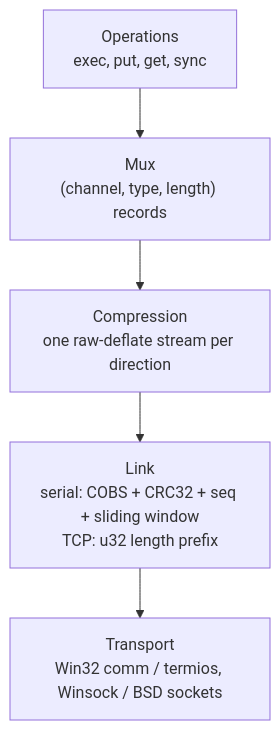
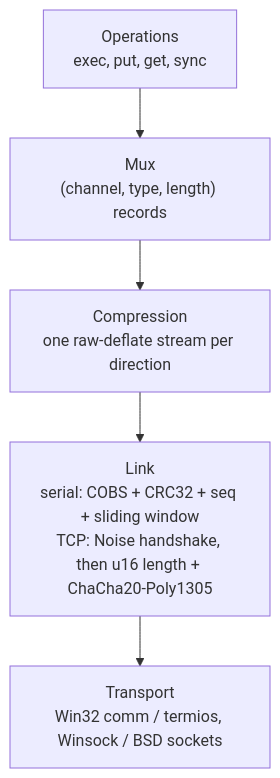
One commit to vifair22/devlink changed the diagram in docs/protocol.md. Above: the diagram before and after it, drawn with Mermaid. The commit also changed other lines of this file and 1 other file, not shown here.

First line of the commit message:
Design the TCP link: Noise-encrypted, served beside serial

````diff
--- a/docs/protocol.md
+++ b/docs/protocol.md
@@ -40,9 +45,9 @@
 ```mermaid
 flowchart TB
     ops["Operations<br/>exec, put, get, sync"]
     mux["Mux<br/>(channel, type, length) records"]
     z["Compression<br/>one raw-deflate stream per direction"]
-    link["Link<br/>serial: COBS + CRC32 + seq + sliding window<br/>TCP: u32 length prefix"]
+    link["Link<br/>serial: COBS + CRC32 + seq + sliding window<br/>TCP: Noise handshake, then u16 length + ChaCha20-Poly1305"]
     tr["Transport<br/>Win32 comm / termios, Winsock / BSD sockets"]
     ops --> mux --> z --> link --> tr
 ```
````
